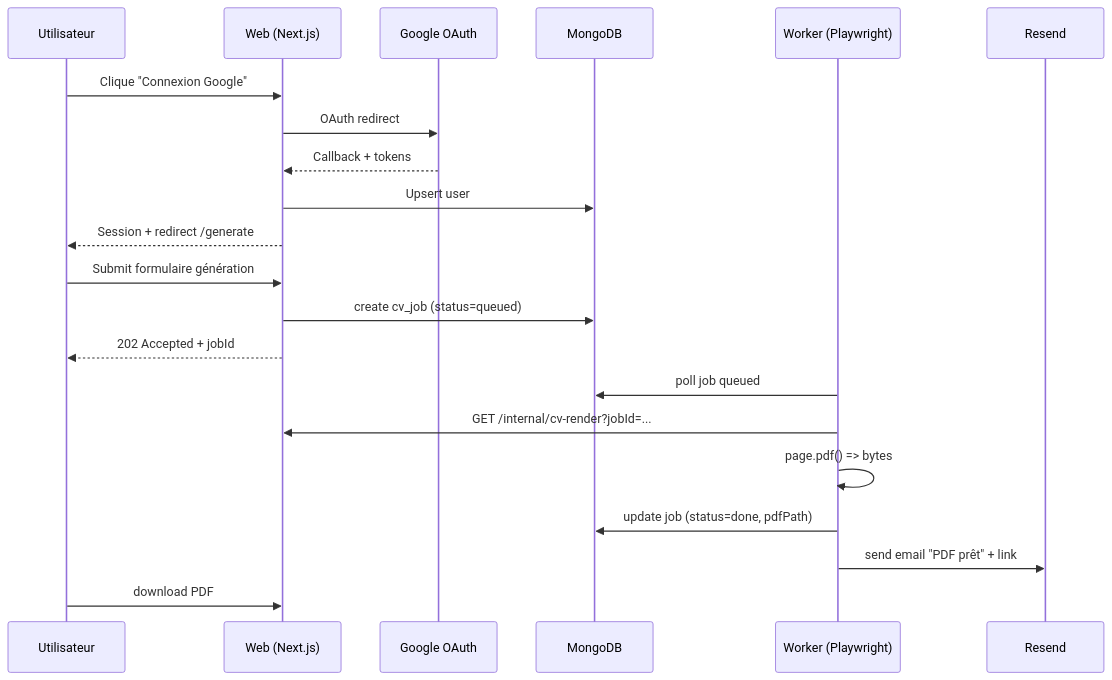
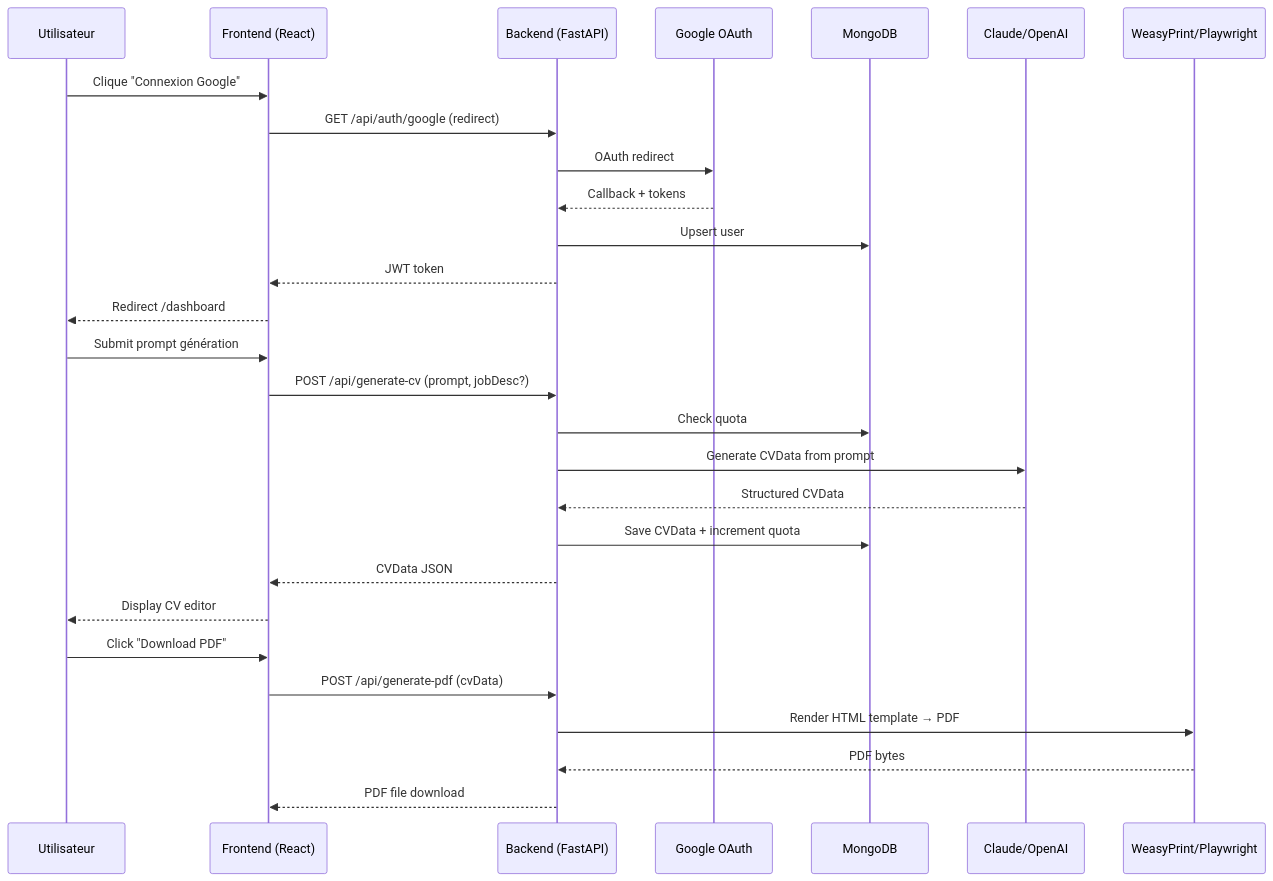
One commit to cv-pro-org/cv-pro-specifications changed the diagram in 01-architecture/stack-technique.md. Above: the diagram before and after it, drawn with Mermaid. The commit also changed other lines of this file and 3 other files, not shown here.

First line of the commit message:
feat: migration stack React 18 + Python FastAPI

````diff
--- a/01-architecture/stack-technique.md
+++ b/01-architecture/stack-technique.md
@@ -46,24 +84,33 @@
 ```mermaid
 sequenceDiagram
   participant U as Utilisateur
-  participant W as Web (Next.js)
+  participant F as Frontend (React)
+  participant API as Backend (FastAPI)
   participant G as Google OAuth
   participant DB as MongoDB
-  participant Q as Worker (Playwright)
-  participant E as Resend
+  participant AI as Claude/OpenAI
+  participant PDF as WeasyPrint/Playwright
 
-  U->>W: Clique "Connexion Google"
-  W->>G: OAuth redirect
-  G-->>W: Callback + tokens
-  W->>DB: Upsert user
-  W-->>U: Session + redirect /generate
-  U->>W: Submit formulaire génération
-  W->>DB: create cv_job (status=queued)
-  W-->>U: 202 Accepted + jobId
-  Q->>DB: poll job queued
-  Q->>W: GET /internal/cv-render?jobId=...
-  Q->>Q: page.pdf() => bytes
-  Q->>DB: update job (status=done, pdfPath)
-  Q->>E: send email "PDF prêt" + link
-  U->>W: download PDF
+  U->>F: Clique "Connexion Google"
+  F->>API: GET /api/auth/google (redirect)
+  API->>G: OAuth redirect
+  G-->>API: Callback + tokens
+  API->>DB: Upsert user
+  API-->>F: JWT token
+  F-->>U: Redirect /dashboard
+  
+  U->>F: Submit prompt génération
+  F->>API: POST /api/generate-cv (prompt, jobDesc?)
+  API->>DB: Check quota
+  API->>AI: Generate CVData from prompt
+  AI-->>API: Structured CVData
+  API->>DB: Save CVData + increment quota
+  API-->>F: CVData JSON
+  F-->>U: Display CV editor
+  
+  U->>F: Click "Download PDF"
+  F->>API: POST /api/generate-pdf (cvData)
+  API->>PDF: Render HTML template → PDF
+  PDF-->>API: PDF bytes
+  API-->>F: PDF file download
 ```
````
